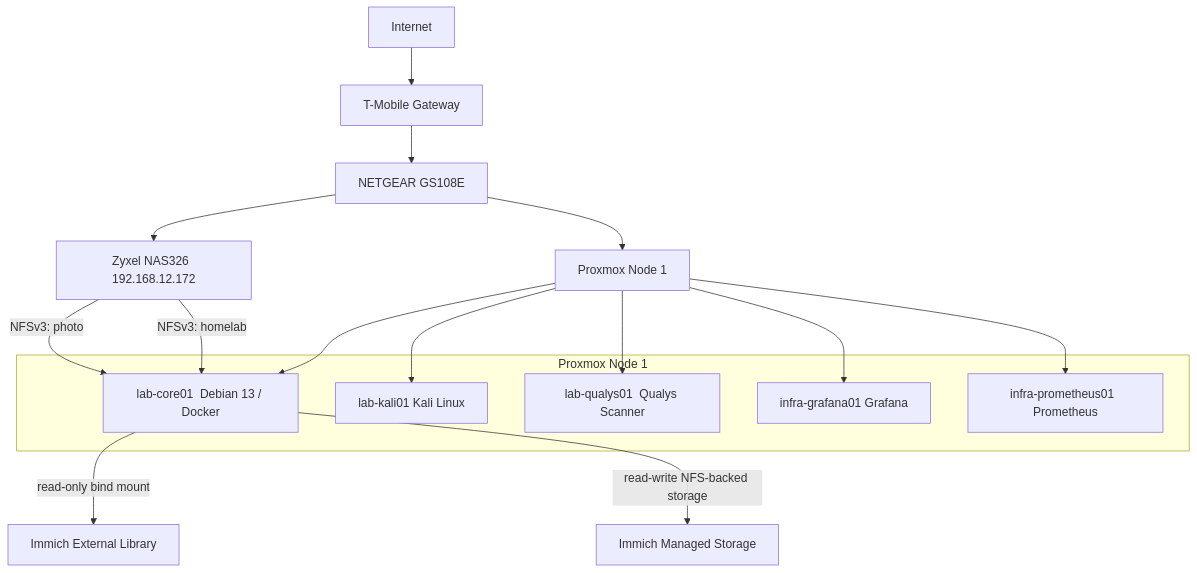
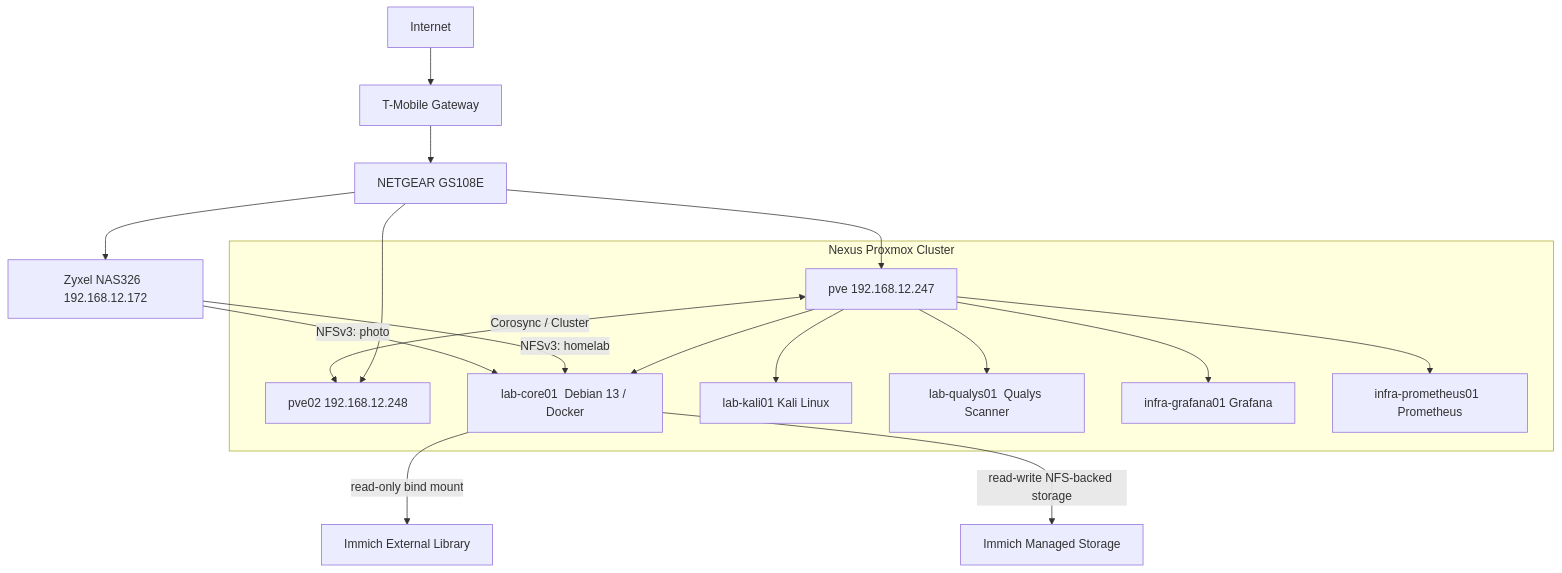
One commit to Tearstone/tearstone-homelab changed the first of 3 diagrams in docs/architecture.md. Above: the diagram before and after it, drawn with Mermaid. The commit also changed other lines of this file, not shown here.

Commit message:
Update architecture for nexus cluster

````diff
--- a/docs/architecture.md
+++ b/docs/architecture.md
@@ -5,27 +5,30 @@
 ```mermaid
 graph TD
     Internet --> Router["T-Mobile Gateway"]
     Router --> Switch["NETGEAR GS108E"]
 
-    Switch --> Proxmox["Proxmox Node 1"]
+    Switch --> PVE["pve 192.168.12.247"]
+    Switch --> PVE02["pve02 192.168.12.248"]
     Switch --> NAS["Zyxel NAS326  192.168.12.172"]
 
-    subgraph "Proxmox Node 1"
+    subgraph "Nexus Proxmox Cluster"
+        PVE <-->|Corosync / Cluster| PVE02
+
         Core["lab-core01  Debian 13 / Docker"]
         Kali["lab-kali01  Kali Linux"]
         Qualys["lab-qualys01  Qualys Scanner"]
         Grafana["infra-grafana01  Grafana"]
         Prometheus["infra-prometheus01  Prometheus"]
     end
 
-    Proxmox --> Core
-    Proxmox --> Kali
-    Proxmox --> Qualys
-    Proxmox --> Grafana
-    Proxmox --> Prometheus
+    PVE --> Core
+    PVE --> Kali
+    PVE --> Qualys
+    PVE --> Grafana
+    PVE --> Prometheus
 
     NAS -->|"NFSv3: homelab"| Core
     NAS -->|"NFSv3: photo"| Core
     Core -->|"read-only bind mount"| External["Immich External Library"]
     Core -->|"read-write NFS-backed storage"| Immich["Immich Managed Storage"]
 ```
````
